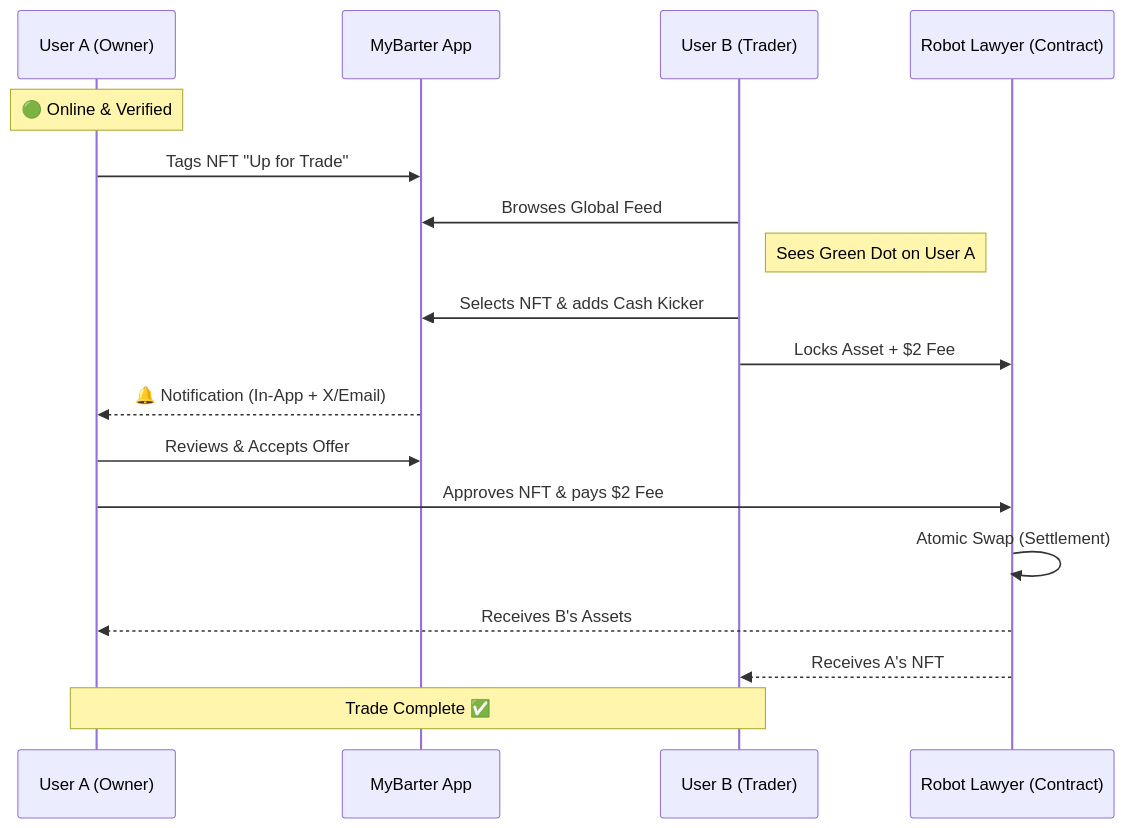
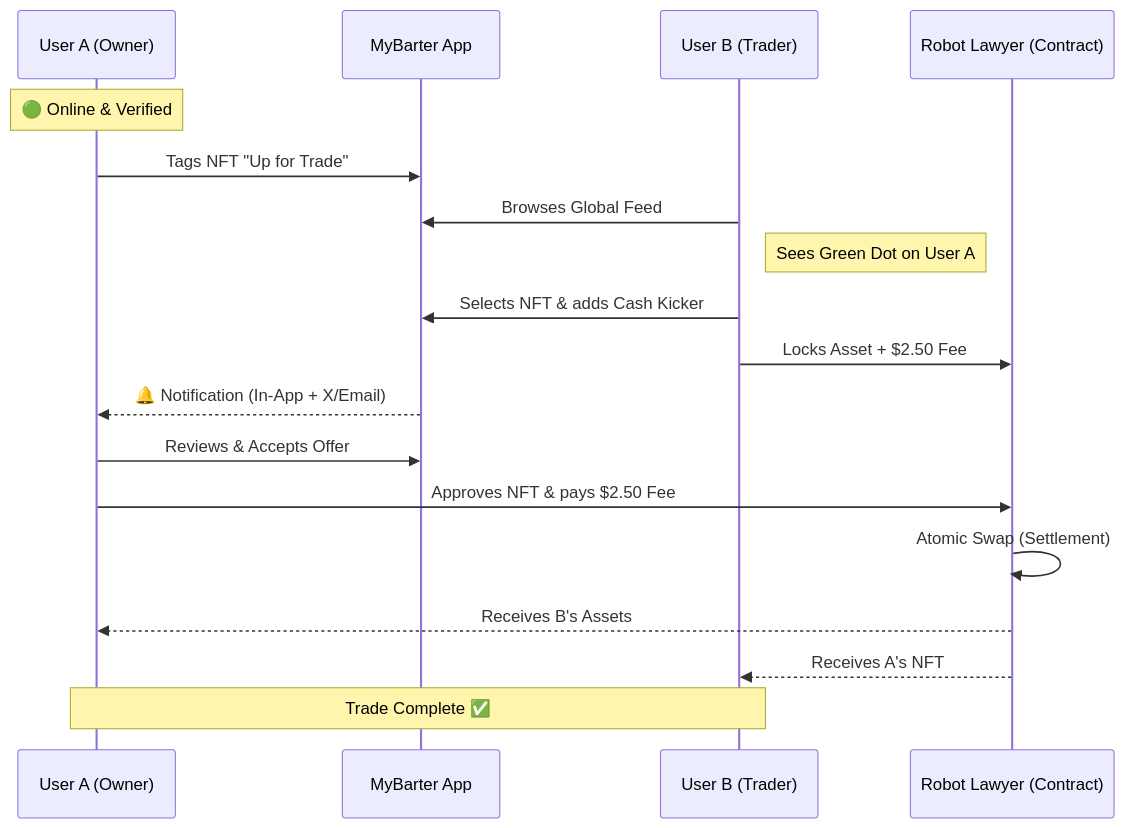
One commit to 0xpiweb/MyBarter changed the diagram in DOCS/USER_FLOW.md. Above: the diagram before and after it, drawn with Mermaid.

````diff
--- a/DOCS/USER_FLOW.md
+++ b/DOCS/USER_FLOW.md
@@ -2,21 +2,21 @@
 ```mermaid
 sequenceDiagram
     participant A as User A (Owner)
     participant APP as MyBarter App
     participant B as User B (Trader)
     participant RL as Robot Lawyer (Contract)
 
     Note over A: 🟢 Online & Verified
     A->>APP: Tags NFT "Up for Trade"
     B->>APP: Browses Global Feed
     Note right of B: Sees Green Dot on User A
     B->>APP: Selects NFT & adds Cash Kicker
-    B->>RL: Locks Asset + $2 Fee
+    B->>RL: Locks Asset + $2.50 Fee
     APP-->>A: 🔔 Notification (In-App + X/Email)
     A->>APP: Reviews & Accepts Offer
-    A->>RL: Approves NFT & pays $2 Fee
+    A->>RL: Approves NFT & pays $2.50 Fee
     RL->>RL: Atomic Swap (Settlement)
     RL-->>A: Receives B's Assets
     RL-->>B: Receives A's NFT
     Note over A,B: Trade Complete ✅
 ```
````
